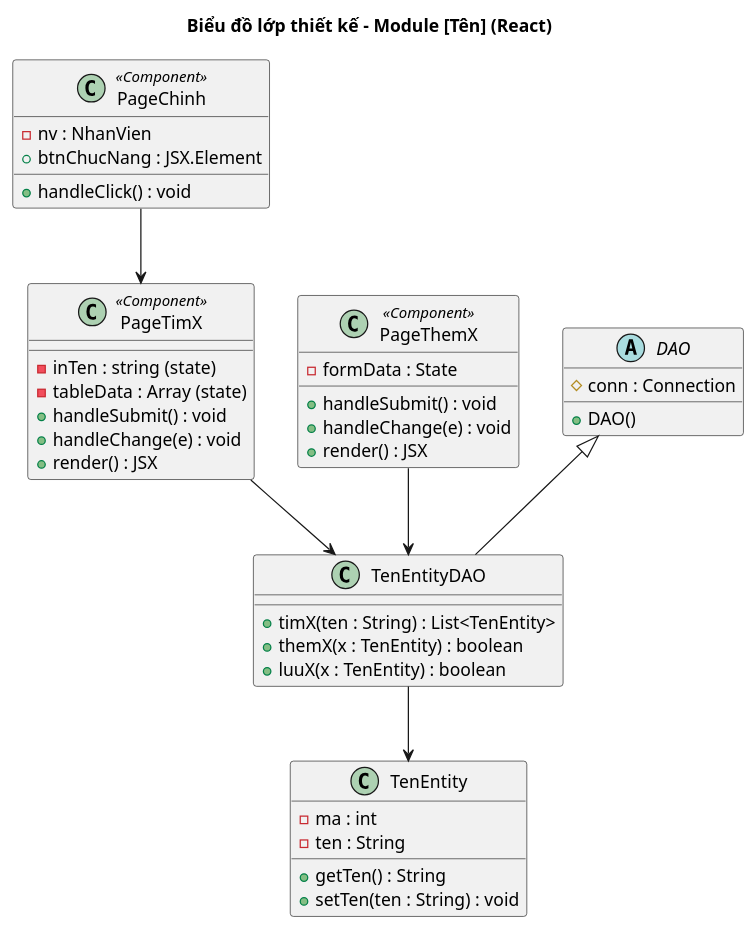
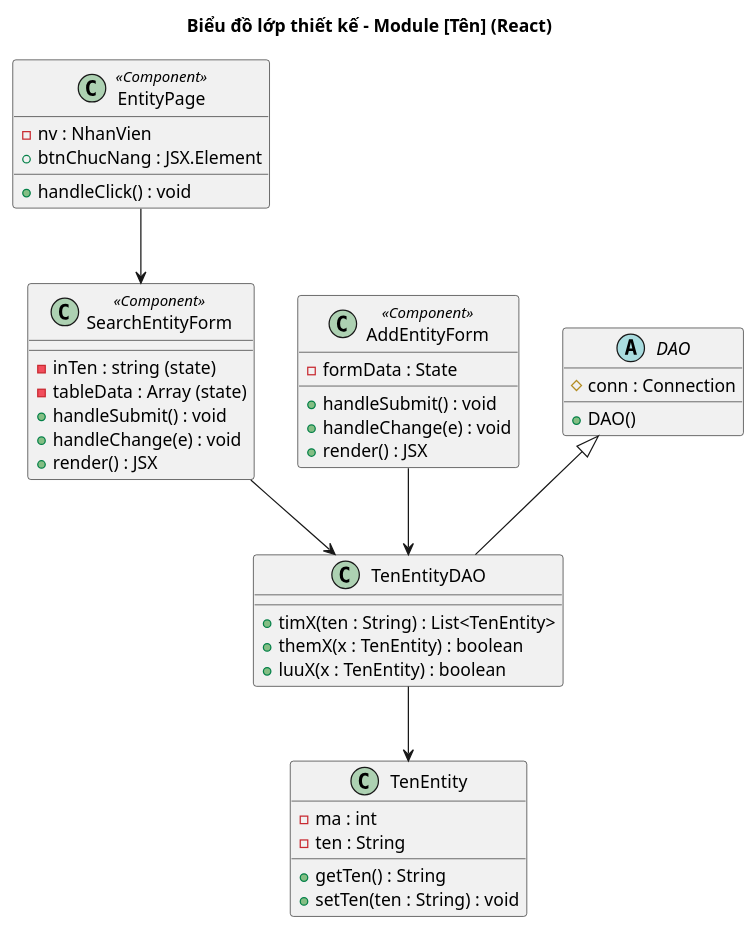
One commit to thanhtrnnn/cnpm changed the second of 2 diagrams in .claude/skills/cnpm/references/iii.3.2_sodo_lop_thietke.md. Above: the diagram before and after it, drawn with PlantUML. The commit also changed other lines of this file and 5 other files, not shown here.

````diff
--- a/.claude/skills/cnpm/references/iii.3.2_sodo_lop_thietke.md
+++ b/.claude/skills/cnpm/references/iii.3.2_sodo_lop_thietke.md
@@ -85,50 +87,50 @@
 ```plantuml
 @startuml
 title Biểu đồ lớp thiết kế – Module [Tên] (React)
 
-class PageChinh <<Component>> {
+class EntityPage <<Component>> {
   -nv : NhanVien
   +btnChucNang : JSX.Element
   +handleClick() : void
 }
 
-class PageTimX <<Component>> {
+class SearchEntityForm <<Component>> {
   -inTen : string (state)
   -tableData : Array (state)
   +handleSubmit() : void
   +handleChange(e) : void
   +render() : JSX
 }
 
-class PageThemX <<Component>> {
+class AddEntityForm <<Component>> {
   -formData : State
   +handleSubmit() : void
   +handleChange(e) : void
   +render() : JSX
 }
 
 abstract class DAO {
   #conn : Connection
   +DAO()
 }
 
 class TenEntityDAO {
   +timX(ten : String) : List<TenEntity>
   +themX(x : TenEntity) : boolean
   +luuX(x : TenEntity) : boolean
 }
 
 class TenEntity {
   -ma : int
   -ten : String
   +getTen() : String
   +setTen(ten : String) : void
 }
 
 DAO <|-- TenEntityDAO
 TenEntityDAO --> TenEntity
-PageChinh --> PageTimX
-PageTimX --> TenEntityDAO
-PageThemX --> TenEntityDAO
+EntityPage --> SearchEntityForm
+SearchEntityForm --> TenEntityDAO
+AddEntityForm --> TenEntityDAO
 @enduml
 ```
````
